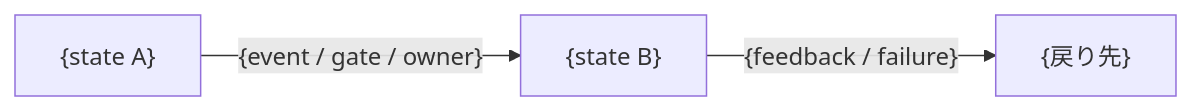
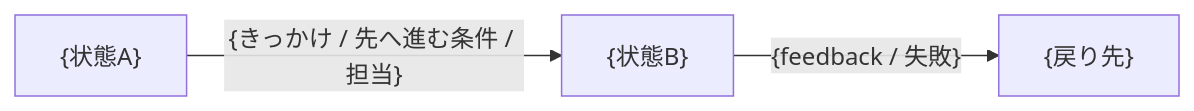
The diagram in plugins/tumeda-dev/skills/task-design/templates/outcome-sections/workflow.md (tumeda1992/ai_agent_dev_skill_plugin), drawn with Mermaid before and after one commit. The commit also changed other lines of this file and 47 other files, not shown here.

````diff
--- a/plugins/tumeda-dev/skills/task-design/templates/outcome-sections/workflow.md
+++ b/plugins/tumeda-dev/skills/task-design/templates/outcome-sections/workflow.md
@@ -48,5 +48,5 @@
 ```mermaid
 flowchart LR
-  A["{state A}"] -->|"{event / gate / owner}"| B["{state B}"]
-  B -->|"{feedback / failure}"| C["{戻り先}"]
+  A["{状態A}"] -->|"{きっかけ / 先へ進む条件 / 担当}"| B["{状態B}"]
+  B -->|"{feedback / 失敗}"| C["{戻り先}"]
 ```
````
